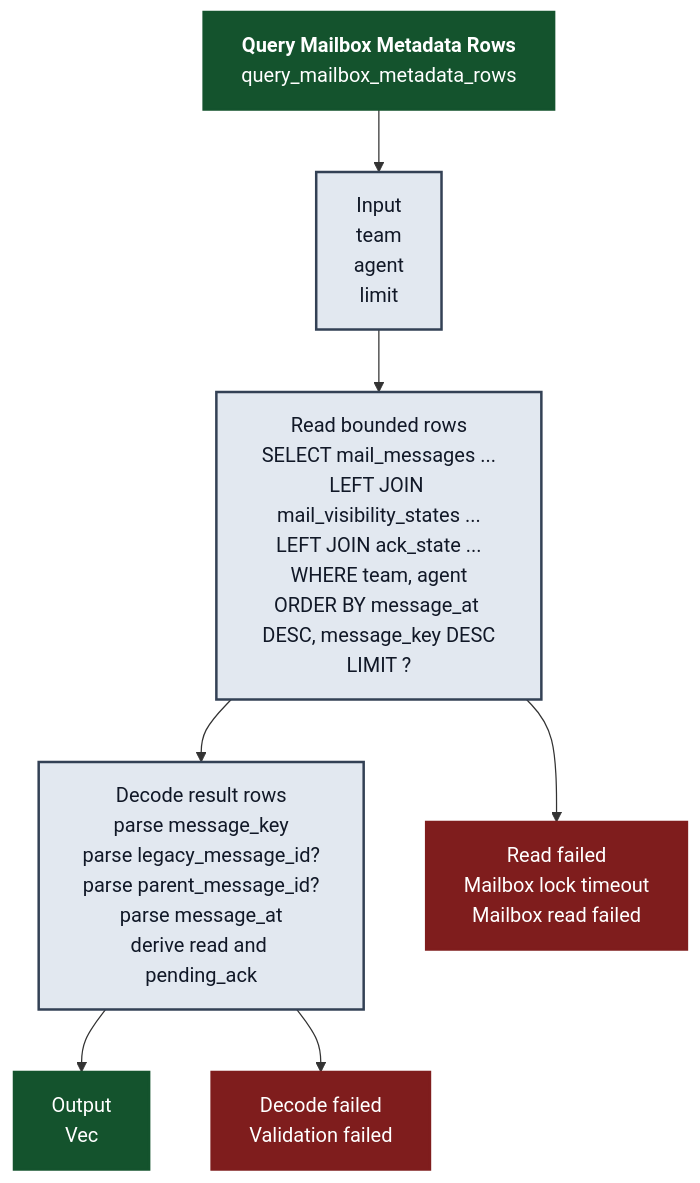
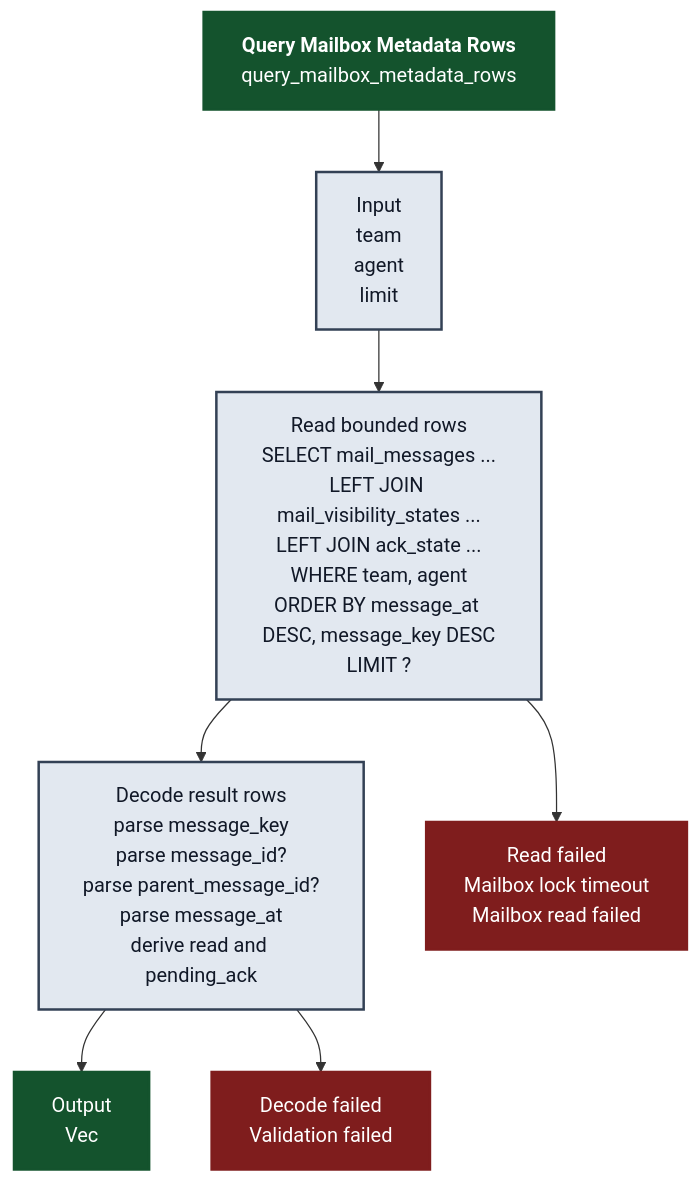
The diagram in docs/atm-rusqlite/sql_query-mailbox-metadata-rows.mmd (randlee/atm-core), drawn with Mermaid before and after one commit. The commit also changed 44 other files, not shown here.

```diff
--- a/docs/atm-rusqlite/sql_query-mailbox-metadata-rows.mmd
+++ b/docs/atm-rusqlite/sql_query-mailbox-metadata-rows.mmd
@@ -1,41 +1,41 @@
 %% title: `Query Mailbox Metadata Rows`
 %% summary: Public sqlite-store method `query_mailbox_metadata_rows`.
 %% commentary: This SQL path returns bounded mailbox header rows. It joins immutable message rows with visibility and ack projections, then decodes the row set into `MailboxMetadataRow` values.
 %% read_tables: mail_messages, mail_visibility_states, ack_state
 %% write_tables:
 %% notes: reads: 1 | writes: 0 | joins: 2 | transactions: 0
 %% sets: query
 flowchart TD
     A["<b>Query Mailbox Metadata Rows</b><br/>query_mailbox_metadata_rows"]
     A --> I["Input
 team
 agent
 limit"]
     I --> R["Read bounded rows
 SELECT mail_messages ...
 LEFT JOIN mail_visibility_states ...
 LEFT JOIN ack_state ...
 WHERE team, agent
 ORDER BY message_at DESC, message_key DESC
 LIMIT ?"]
     R --> D["Decode result rows
 parse message_key
-parse legacy_message_id?
+parse message_id?
 parse parent_message_id?
 parse message_at
 derive read and pending_ack"]
     D --> O["Output
 Vec<MailboxMetadataRow>"]
     R --> ER["Read failed
 Mailbox lock timeout
 Mailbox read failed"]
     D --> EM["Decode failed
 Validation failed"]
 
     classDef happy fill:#14532d,color:#ffffff,stroke:#14532d,stroke-width:2px;
     classDef error fill:#7f1d1d,color:#ffffff,stroke:#7f1d1d,stroke-width:2px;
     classDef neutral fill:#e2e8f0,color:#111827,stroke:#334155,stroke-width:2px;
 
     class A,O happy;
     class ER,EM error;
     class I,R,D neutral;
```
